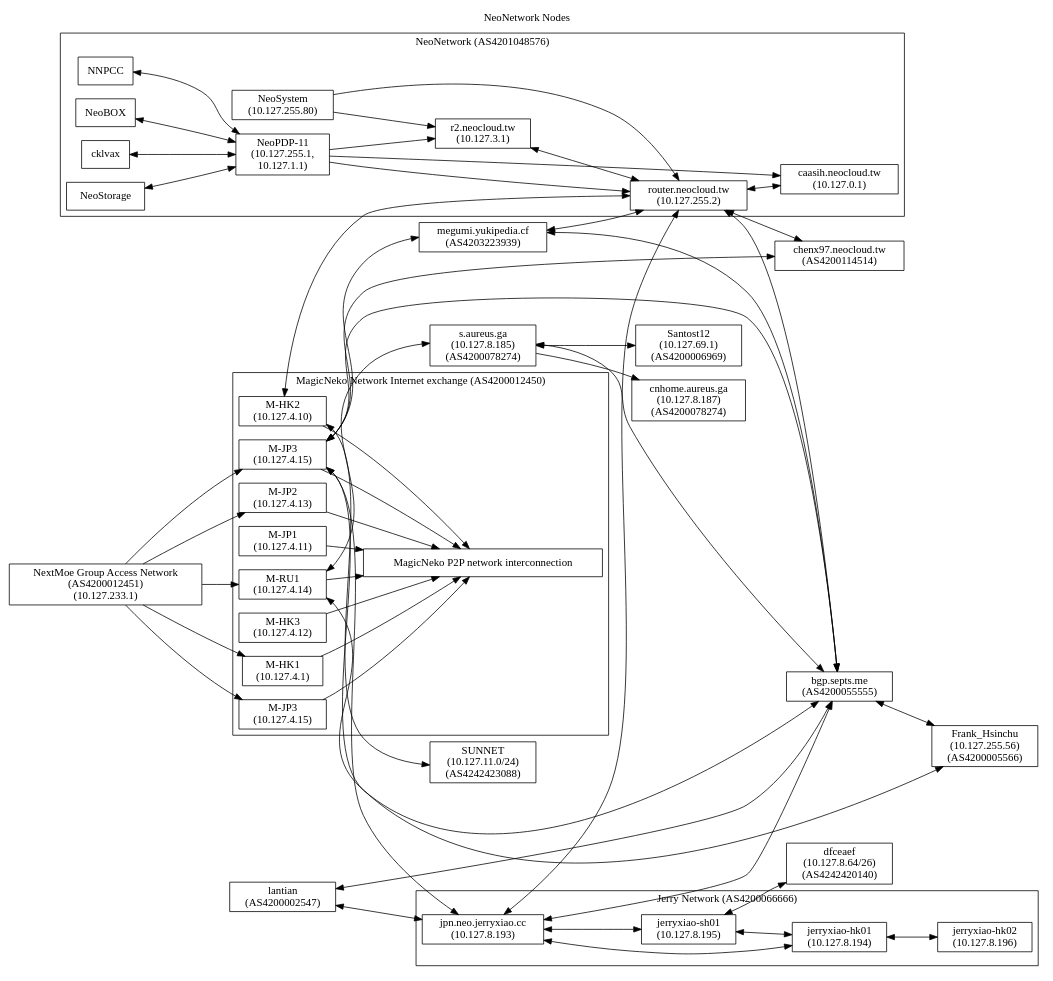
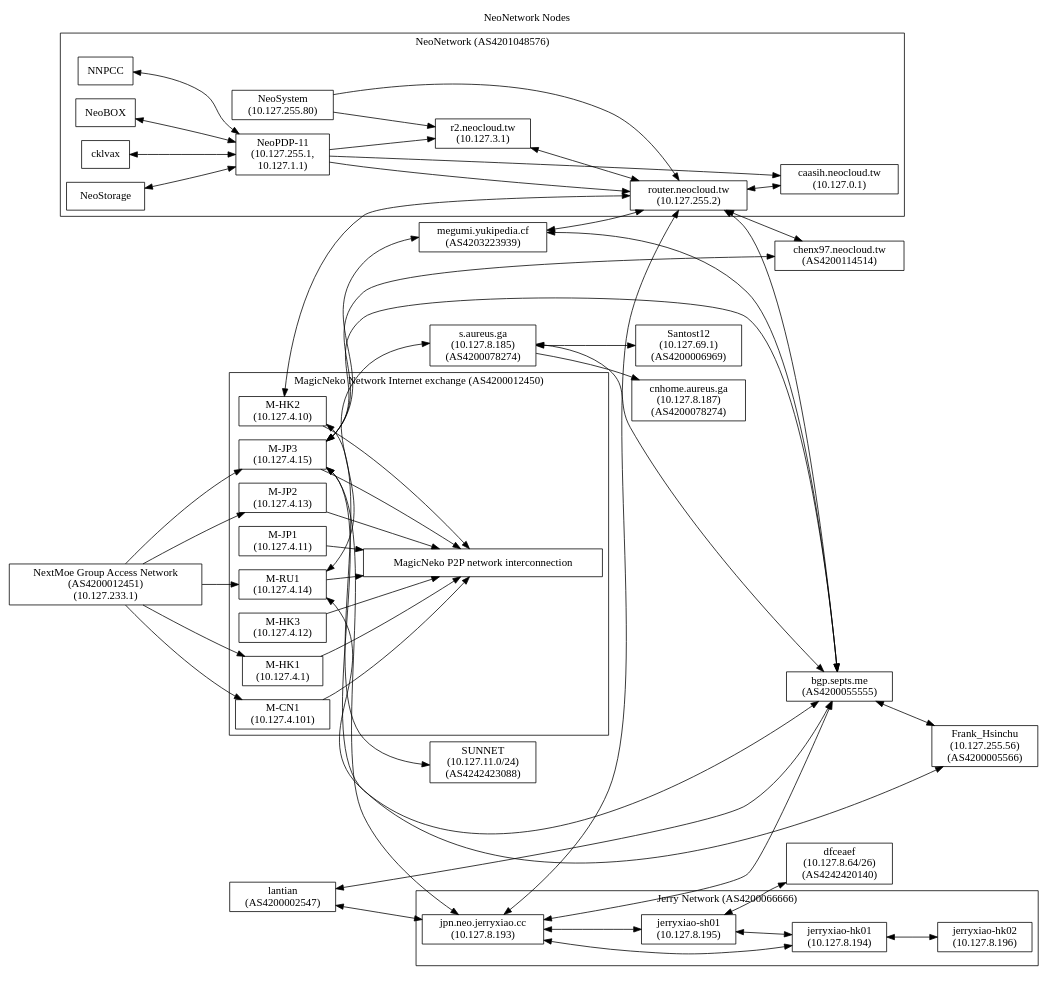
Before and after one commit to NeoCloud/NeoNetwork: the diagram in nodes.dot, drawn with Graphviz. The commit also changed 5 other files, not shown here.

```diff
--- a/nodes.dot
+++ b/nodes.dot
@@ -1,105 +1,105 @@
 digraph "NeoNetwork Nodes"
 {
 	label="NeoNetwork Nodes";
 	labelloc="t";
 	rankdir=LR;
 	node [shape=box]
 	c [label="caasih.neocloud.tw\n(10.127.0.1)"]
 	ucbvax [label="router.neocloud.tw\n(10.127.255.2)"]
 	np11 [label="NeoPDP-11\n(10.127.255.1,\n10.127.1.1)"]
 	ns [label="NeoSystem\n(10.127.255.80)"]
 	megumiLHS [label="megumi.yukipedia.cf\n(AS4203223939)"]
 	pan [label="r2.neocloud.tw\n(10.127.3.1)"]
 	icecat_Explosion [label="MagicNeko P2P network interconnection"]
 	icecat_Notebook [label="NextMoe Group Access Network\n(AS4200012451)\n(10.127.233.1)"]
 	magicneko_HK01 [label="M-HK1\n(10.127.4.1)"]
 	magicneko_HK02 [label="M-HK2\n(10.127.4.10)"]
 	magicneko_JP01 [label="M-JP1\n(10.127.4.11)"]
 	magicneko_HK03 [label="M-HK3\n(10.127.4.12)"]
 	magicneko_JP02 [label="M-JP2\n(10.127.4.13)"]
 	magicneko_RU01 [label="M-RU1\n(10.127.4.14)"]
 	magicneko_JP03 [label="M-JP3\n(10.127.4.15)"]
-	magicneko_CN01 [label="M-JP3\n(10.127.4.15)"]
+	magicneko_CN01 [label="M-CN1\n(10.127.4.101)"]
 	staph [label="s.aureus.ga\n(10.127.8.185)\n(AS4200078274)"]
 	staph_CN [label="cnhome.aureus.ga\n(10.127.8.187)\n(AS4200078274)"]
 	chenx97 [label="chenx97.neocloud.tw\n(AS4200114514)"]
 	JerryXiao [label="jpn.neo.jerryxiao.cc\n(10.127.8.193)"]
 	JerryXiao_SH01 [label="jerryxiao-sh01\n(10.127.8.195)"]
 	JerryXiao_HK01 [label="jerryxiao-hk01\n(10.127.8.194)"]
 	JerryXiao_HK02 [label="jerryxiao-hk02\n(10.127.8.196)"]
 	septs [label="bgp.septs.me\n(AS4200055555)"]
 	lantian [label="lantian\n(AS4200002547)"]
 	dfceaef [label="dfceaef\n(10.127.8.64/26)\n(AS4242420140)"]
 	SUNNET [label="SUNNET\n(10.127.11.0/24)\n(AS4242423088)"]
 	santost12 [label="Santost12\n(10.127.69.1)\n(AS4200006969)"]
 	frank_hsinchu [label="Frank_Hsinchu\n(10.127.255.56)\n(AS4200005566)"]
 	subgraph cluster_AS4201048576
 	{
 		label = "NeoNetwork (AS4201048576)";
 
 		NNPCC -> np11 [dir=both]
 		NeoBOX -> np11 [dir=both]
 		cklvax -> np11 [dir=both]
 		NeoStorage -> np11 [dir=both]
 		np11 -> ucbvax
 		np11 -> pan
 		np11 -> c
 		ucbvax -> c [dir=both]
 		ns -> ucbvax
 		ns -> pan
 		pan -> ucbvax [dir=both]
 	}
 
 	megumiLHS -> ucbvax [dir=both]
 	magicneko_HK02 -> ucbvax [dir=both]
 	staph -> staph_CN
 	ucbvax -> chenx97 [dir=both]
 
 	subgraph cluster_AS4200012450
 	{
 		label="MagicNeko Network Internet exchange (AS4200012450)";
 
 		magicneko_HK01 -> icecat_Explosion
 		magicneko_HK02 -> icecat_Explosion
 		magicneko_JP01 -> icecat_Explosion
 		magicneko_HK03 -> icecat_Explosion
 		magicneko_JP02 -> icecat_Explosion
 		magicneko_RU01 -> icecat_Explosion
 		magicneko_JP03 -> icecat_Explosion
 		magicneko_CN01 -> icecat_Explosion
 	}
 
 	subgraph cluster_AS4200066666
 	{
 		label="Jerry Network (AS4200066666)";
 
 		JerryXiao -> JerryXiao_SH01 [dir=both]
 		JerryXiao -> JerryXiao_HK01 [dir=both]
 		JerryXiao_SH01 -> JerryXiao_HK01 [dir=both]
 		JerryXiao_HK01 -> JerryXiao_HK02 [dir=both]
 	}
 
 	JerryXiao -> ucbvax [dir=both]
 	JerryXiao -> septs [dir=both]
 	JerryXiao_SH01 -> dfceaef [dir=both]
 	magicneko_JP03 -> JerryXiao [dir=both]
 	lantian -> septs [dir=both]
 	lantian -> JerryXiao [dir=both]
 	magicneko_JP03 -> septs [dir=both]
 	staph -> septs [dir=both]
 	ucbvax -> septs [dir=both]
 	magicneko_JP03 -> chenx97 [dir=both]
 	magicneko_RU01 -> staph [dir=both]
 	megumiLHS -> septs [dir=both]
 	magicneko_HK02 -> SUNNET [dir=both]
 	staph -> santost12 [dir=both]
 	magicneko_RU01 -> septs [dir=both]
 	magicneko_JP03 -> megumiLHS [dir=both]
 	magicneko_JP03 -> frank_hsinchu [dir=both]
 	septs	->	frank_hsinchu	[dir=both]
 	icecat_Notebook -> magicneko_HK01
 	icecat_Notebook -> magicneko_JP03
 	icecat_Notebook -> magicneko_RU01
 	icecat_Notebook -> magicneko_CN01
 	icecat_Notebook -> magicneko_JP02
 }
```
